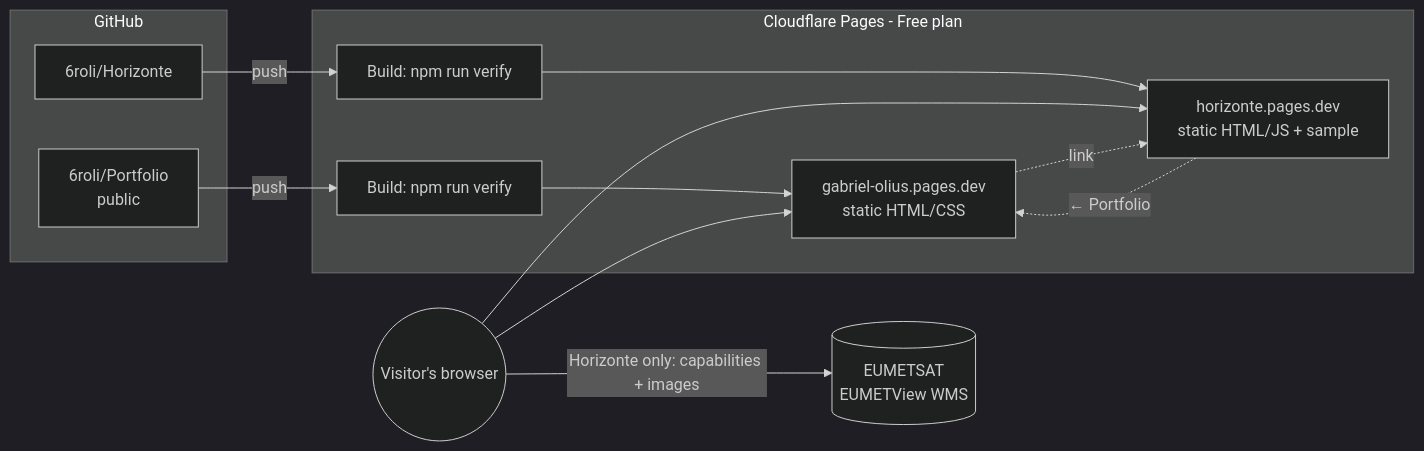
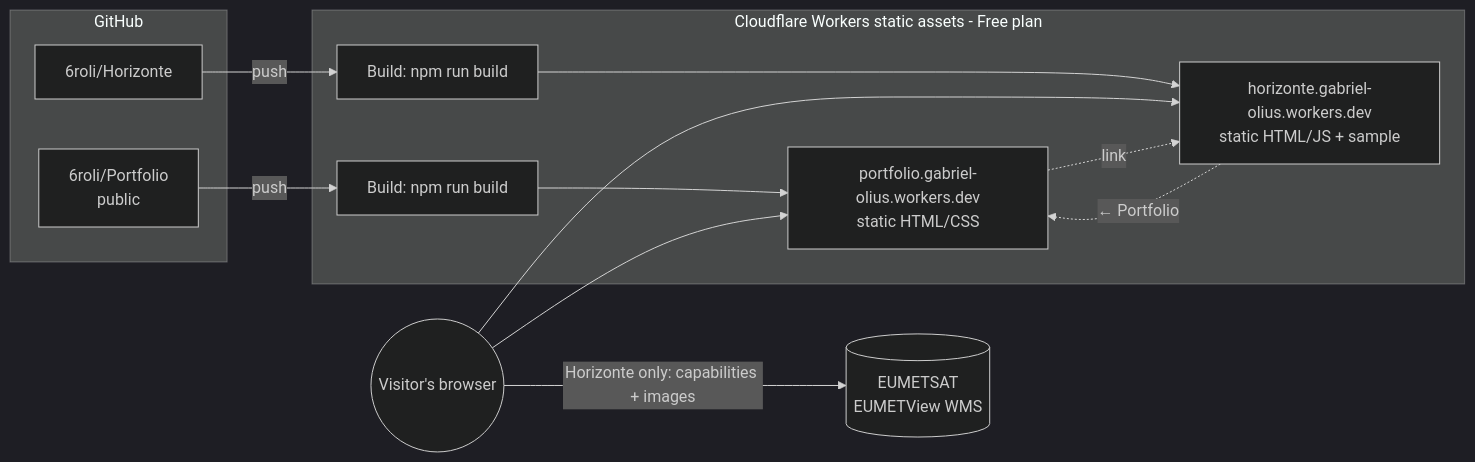
One commit to 6roli/Portfolio changed the diagram in docs/architecture.md. Above: the diagram before and after it, drawn with Mermaid (dark theme). The commit also changed other lines of this file and 8 other files, not shown here.

Commit message:
Use workers.dev addresses and document Cloudflare Workers hosting

````diff
--- a/docs/architecture.md
+++ b/docs/architecture.md
@@ -6,22 +6,22 @@
 ```mermaid
 flowchart LR
   subgraph GitHub
     P[6roli/Portfolio<br/>public]
     H[6roli/Horizonte]
   end
 
-  subgraph CF[Cloudflare Pages - Free plan]
-    BP[Build: npm run verify] --> SP[gabriel-olius.pages.dev<br/>static HTML/CSS]
-    BH[Build: npm run verify] --> SH[horizonte.pages.dev<br/>static HTML/JS + sample]
+  subgraph CF[Cloudflare Workers static assets - Free plan]
+    BP[Build: npm run build] --> SP[portfolio.gabriel-olius.workers.dev<br/>static HTML/CSS]
+    BH[Build: npm run build] --> SH[horizonte.gabriel-olius.workers.dev<br/>static HTML/JS + sample]
   end
 
   P -- push --> BP
   H -- push --> BH
 
   V((Visitor's browser))
   V --> SP
   V --> SH
   V -- "Horizonte only: capabilities + images" --> E[(EUMETSAT<br/>EUMETView WMS)]
   SP -. link .-> SH
   SH -. "← Portfolio" .-> SP
 ```
````
